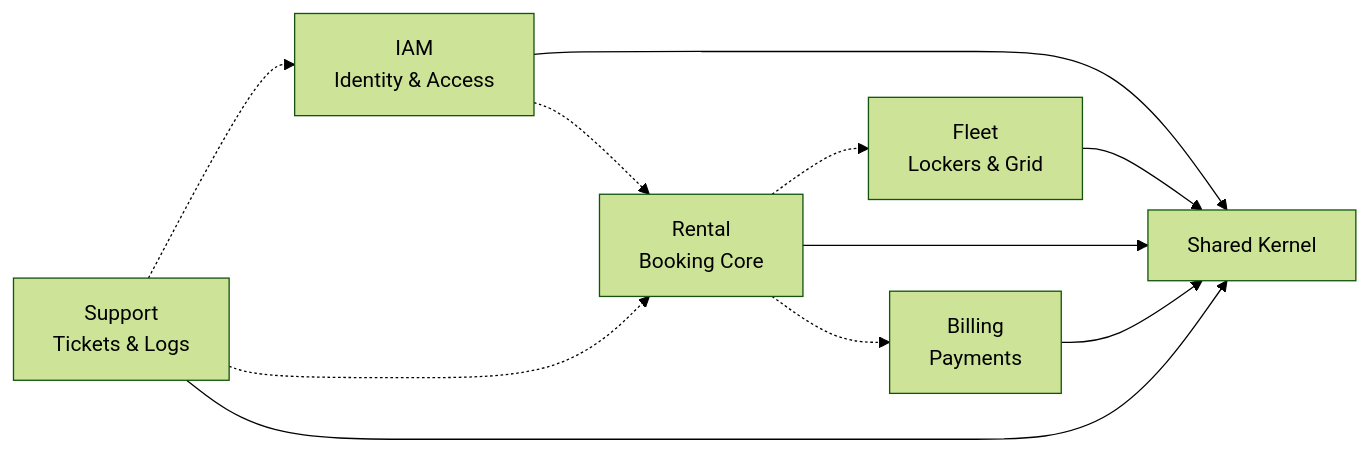
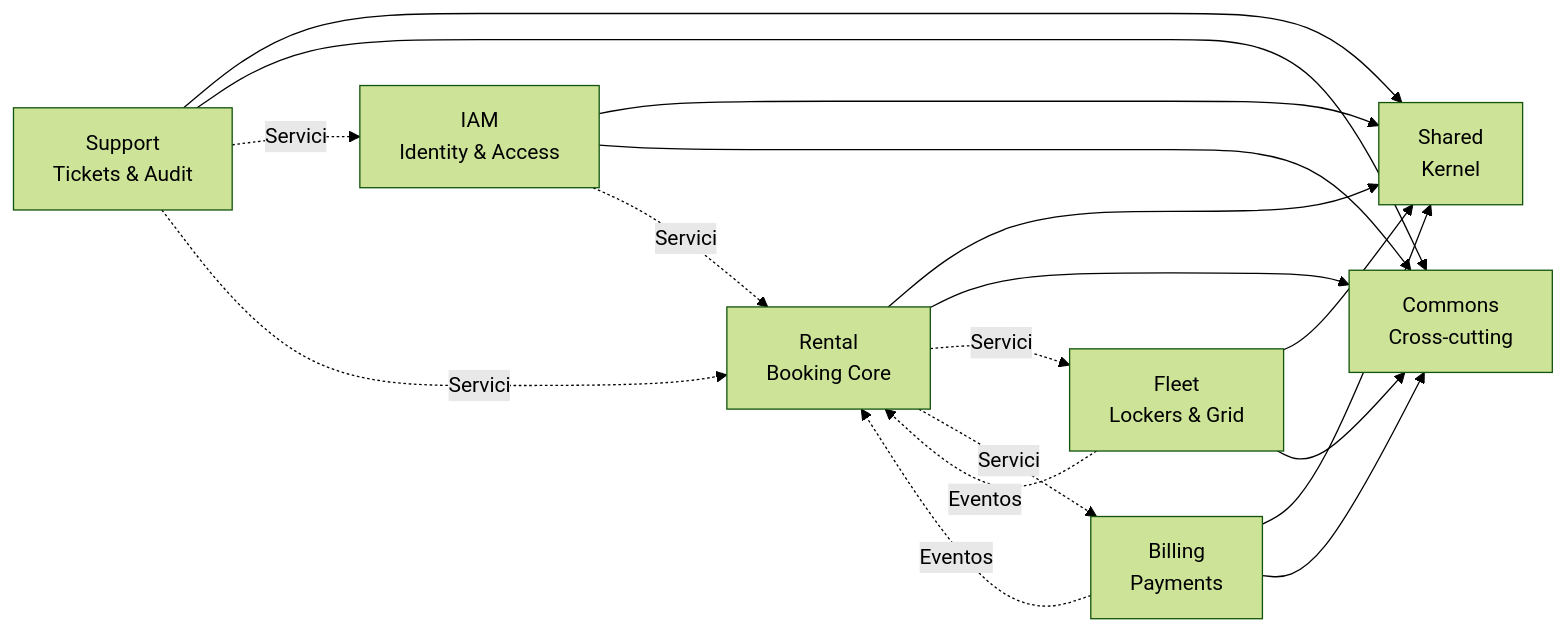
One commit to Santa-Softt/SmartLocker-Back changed the second of 2 diagrams in README.md. Above: the diagram before and after it, drawn with Mermaid (forest theme). The commit also changed other lines of this file, not shown here.

````diff
--- a/README.md
+++ b/README.md
@@ -72,21 +116,29 @@
 ```mermaid
 graph LR
-    IAM[IAM <br> Identity & Access]
-    Fleet[Fleet <br> Lockers & Grid]
-    Rental[Rental <br> Booking Core]
-    Billing[Billing <br> Payments]
-    Support[Support <br> Tickets & Logs]
-    Shared[Shared Kernel]
+    IAM[IAM<br/>Identity & Access]
+    Fleet[Fleet<br/>Lockers & Grid]
+    Rental[Rental<br/>Booking Core]
+    Billing[Billing<br/>Payments]
+    Support[Support<br/>Tickets & Audit]
+    Shared[Shared<br/>Kernel]
+    Commons[Commons<br/>Cross-cutting]
 
     IAM --> Shared
     Fleet --> Shared
     Rental --> Shared
     Billing --> Shared
     Support --> Shared
+    IAM --> Commons
+    Fleet --> Commons
+    Rental --> Commons
+    Billing --> Commons
+    Support --> Commons
 
-    IAM -.-> Rental
-    Rental -.-> Fleet
-    Rental -.-> Billing
-    Support -.-> IAM
-    Support -.-> Rental
+    IAM -.Servicio.-> Rental
+    Rental -.Servicio.-> Fleet
+    Rental -.Servicio.-> Billing
+    Support -.Servicio.-> IAM
+    Support -.Servicio.-> Rental
+    Billing -.Eventos.-> Rental
+    Fleet -.Eventos.-> Rental
 ```
````
